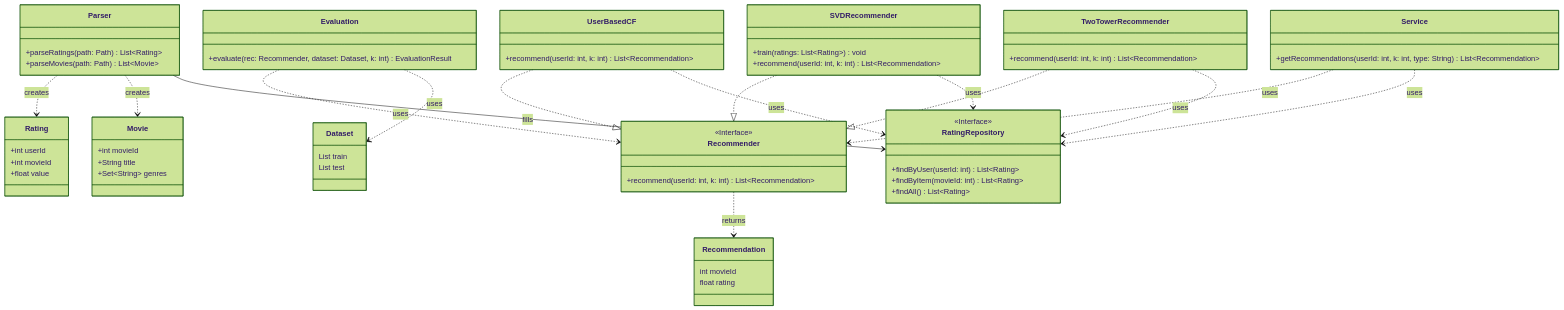
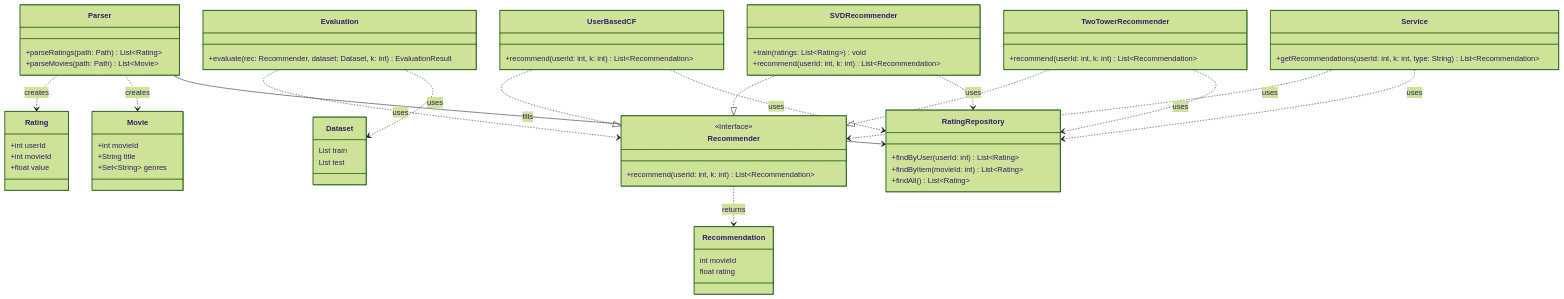
The diagram in README.md (w1c1y1/Java-RecSys), drawn with Mermaid (forest theme) before and after one commit. The commit also changed 6 other files, not shown here.

```diff
--- a/README.md
+++ b/README.md
@@ -28,7 +28,6 @@
     }
     
     class RatingRepository {
-        <<Interface>>
         +findByUser(userId: int) List~Rating~
         +findByItem(movieId: int) List~Rating~
         +findAll() List~Rating~
```
